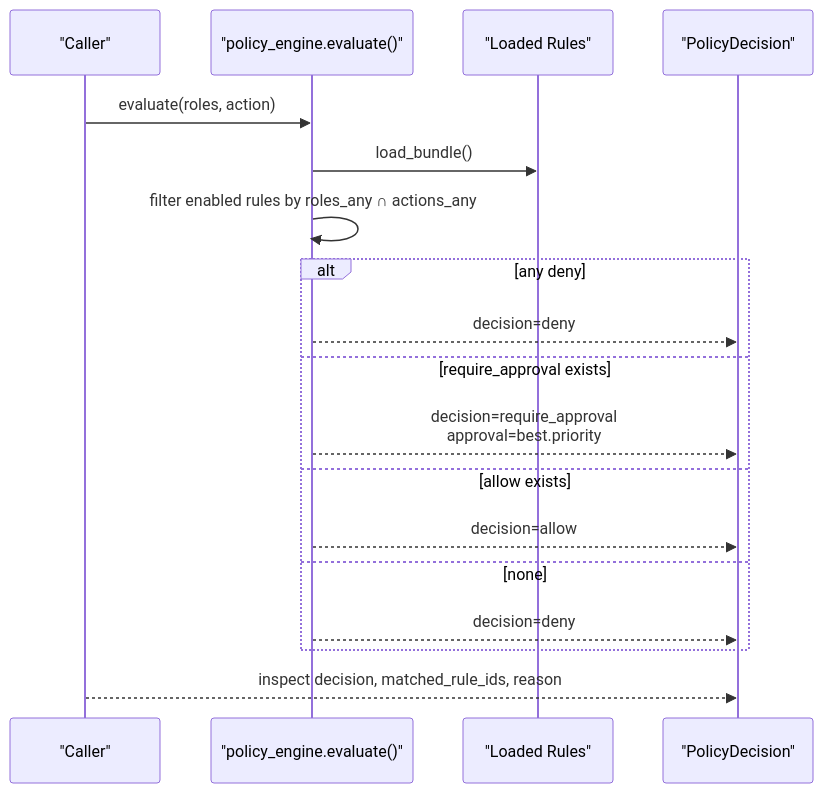
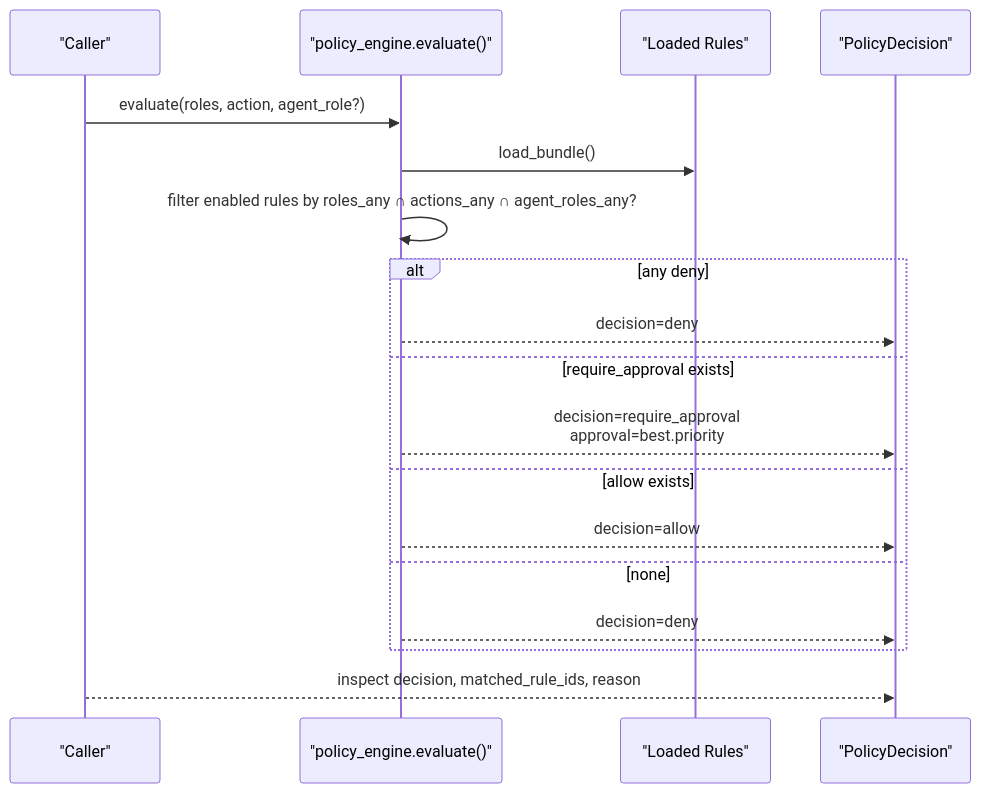
One commit to metasync/luban-aiops changed the fourth of 5 diagrams in .qoder/repowiki/en/content/Security and Authorization/Authorization Policies/Policy Rules and Schema.md. Above: the diagram before and after it, drawn with Mermaid. The commit also changed other lines of this file and 128 other files, not shown here.

````diff
--- a/.qoder/repowiki/en/content/Security and Authorization/Authorization Policies/Policy Rules and Schema.md
+++ b/.qoder/repowiki/en/content/Security and Authorization/Authorization Policies/Policy Rules and Schema.md
@@ -351,20 +365,20 @@
 ```mermaid
 sequenceDiagram
 participant Caller as "Caller"
 participant Engine as "policy_engine.evaluate()"
 participant Bundle as "Loaded Rules"
 participant Result as "PolicyDecision"
-Caller->>Engine : evaluate(roles, action)
+Caller->>Engine : evaluate(roles, action, agent_role?)
 Engine->>Bundle : load_bundle()
-Engine->>Engine : filter enabled rules by roles_any ∩ actions_any
+Engine->>Engine : filter enabled rules by roles_any ∩ actions_any ∩ agent_roles_any?
 alt any deny
 Engine-->>Result : decision=deny
 else require_approval exists
 Engine-->>Result : decision=require_approval<br/>approval=best.priority
 else allow exists
 Engine-->>Result : decision=allow
 else none
 Engine-->>Result : decision=deny
 end
 Caller-->>Result : inspect decision, matched_rule_ids, reason
 ```
````
